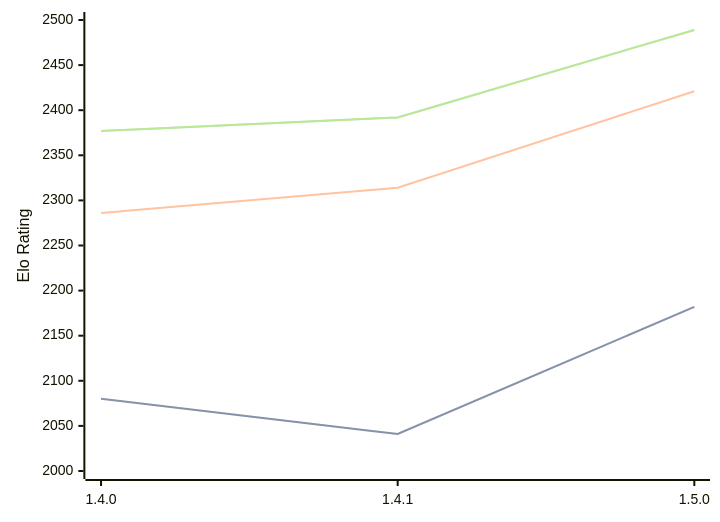
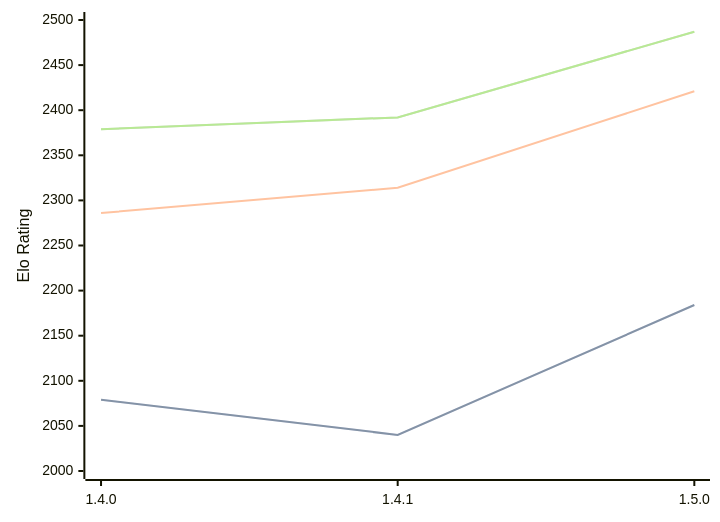
One commit to computer-chess-index/cci changed the diagram in engines/Tofiks.md. Above: the diagram before and after it, drawn with Mermaid. The commit also changed other lines of this file, not shown here.

Commit message:
Update CCI Ratings (ELO VLTC) - 2026-05-22

````diff
--- a/engines/Tofiks.md
+++ b/engines/Tofiks.md
@@ -37,11 +37,11 @@
 ```mermaid
 %%{init: {"theme":"base","themeVariables":{"seriesColors:['#a3a3a3','#222221','#faa371']}}}%%
 xychart-beta
   x-axis ["1.4.0", "1.4.1", "1.5.0"]
   y-axis "Elo Rating" 2000 --> 2500
-  line "STC (8.0+0.08s)" [2080, 2041, 2182]
-  line "STC (8.0+0.08s)" [2080, 2041, 2182]
+  line "STC (8.0+0.08s)" [2079, 2040, 2184]
+  line "STC (8.0+0.08s)" [2079, 2040, 2184]
   line "LTC (60.0+0.60s)" [2286, 2314, 2421]
-  line "VLTC (2m24s+1.12s)" [2377, 2392, 2489]
-  line "VLTC (2m24s+1.12s)" [2377, 2392, 2489]
+  line "VLTC (2m24s+1.12s)" [2379, 2392, 2487]
+  line "VLTC (2m24s+1.12s)" [2379, 2392, 2487]
 ```
````
